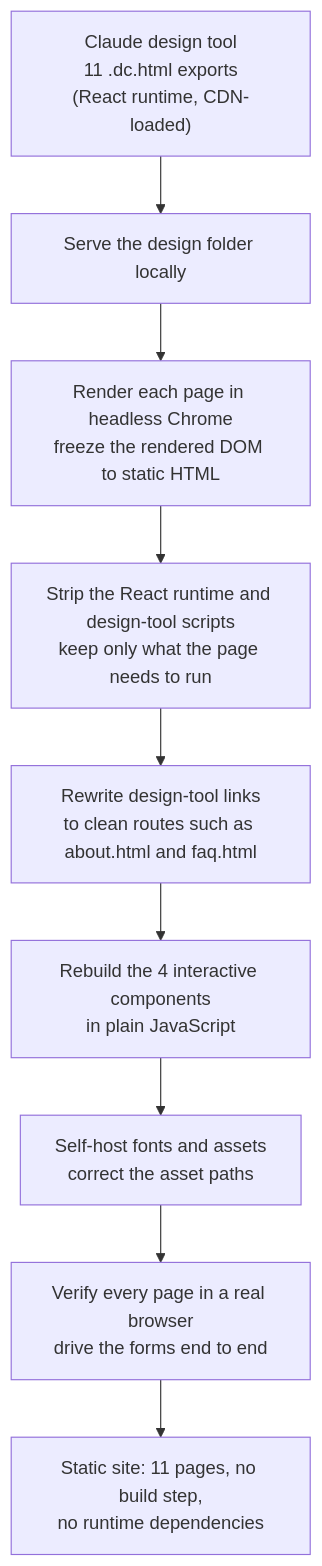
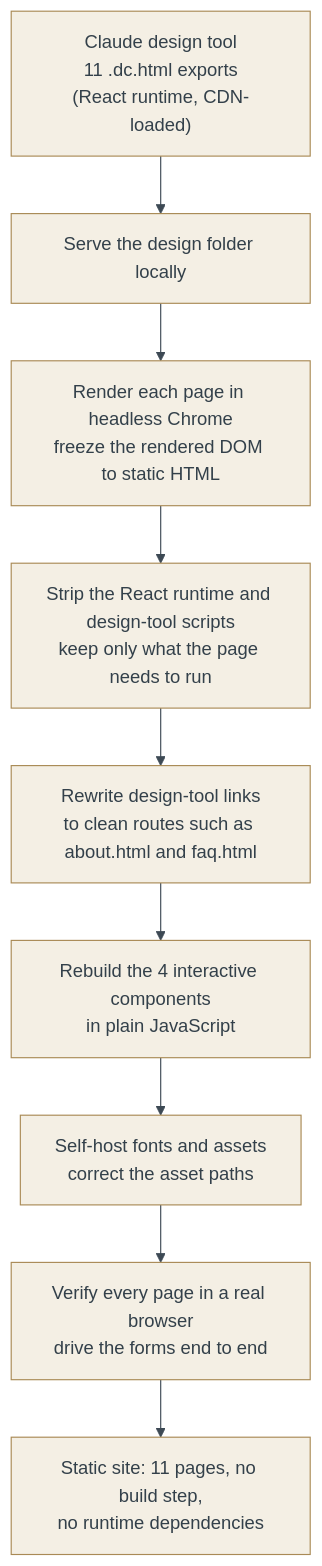
Before and after one commit to alinapukhovskaya/ai-assisted-web-build: the diagram in README.md, drawn with Mermaid. The commit also changed other lines of this file and 4 other files, not shown here.

Commit message:
Clean screenshots (no floating banner), drop redundant shots, move demonstrates above image, brand-color the diagram

````diff
--- a/README.md
+++ b/README.md
@@ -49,11 +49,12 @@
 ```mermaid
+%%{init: {'theme':'base', 'themeVariables': {'primaryColor':'#f4efe4','primaryTextColor':'#33404a','primaryBorderColor':'#a98a55','lineColor':'#3d4954','fontFamily':'Georgia, serif'}}}%%
 flowchart TD
     A["Claude design tool<br/>11 .dc.html exports<br/>(React runtime, CDN-loaded)"] --> B["Serve the design folder locally"]
     B --> C["Render each page in headless Chrome<br/>freeze the rendered DOM to static HTML"]
     C --> D["Strip the React runtime and design-tool scripts<br/>keep only what the page needs to run"]
     D --> E["Rewrite design-tool links<br/>to clean routes such as about.html and faq.html"]
     E --> F["Rebuild the 4 interactive components<br/>in plain JavaScript"]
     F --> G["Self-host fonts and assets<br/>correct the asset paths"]
     G --> H["Verify every page in a real browser<br/>drive the forms end to end"]
     H --> I["Static site: 11 pages, no build step,<br/>no runtime dependencies"]
 ```
````
